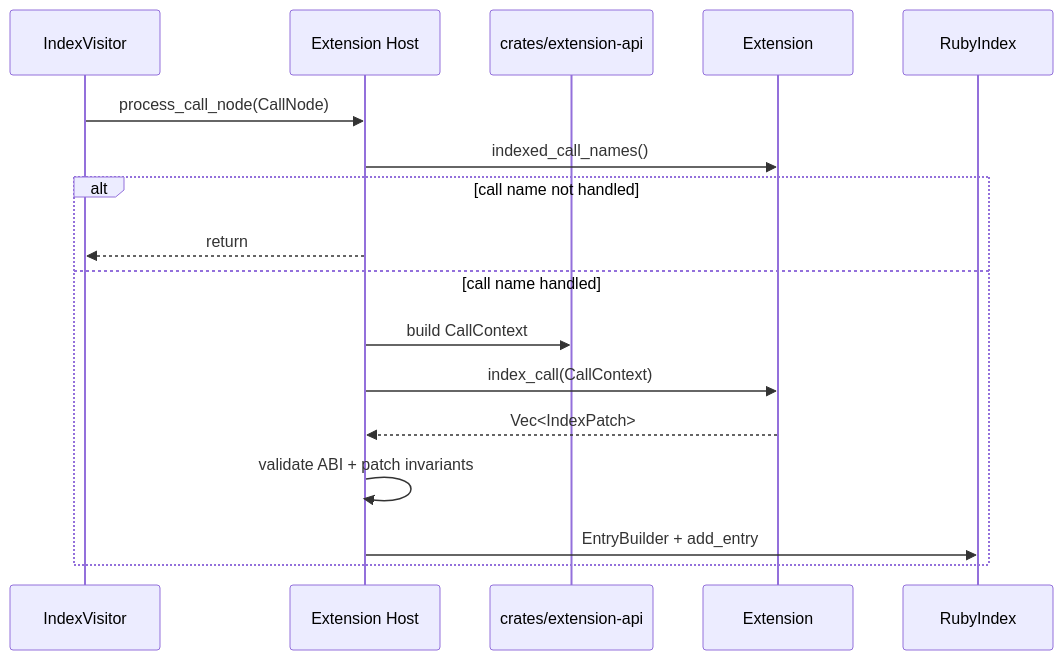
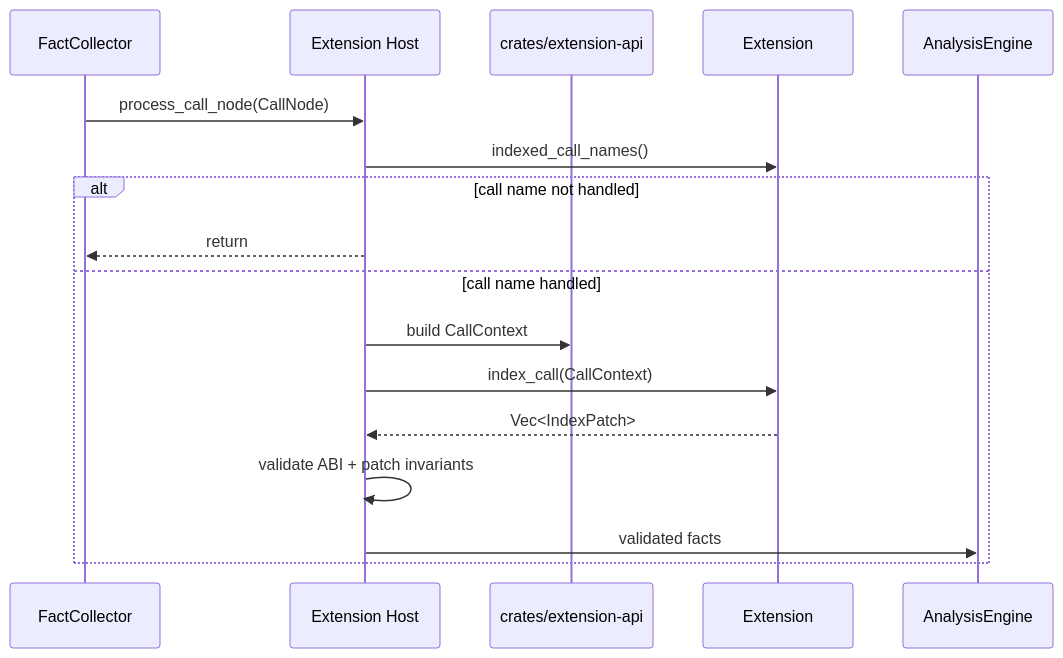
Before and after one commit to rajnaveen344/ruby-fast-lsp: the second of 3 diagrams in extensions/README.md, drawn with Mermaid. The commit also changed other lines of this file and 146 other files, not shown here.

Commit message:
Refactor LSP around analysis engine facts

````diff
--- a/extensions/README.md
+++ b/extensions/README.md
@@ -33,20 +32,20 @@
 ```mermaid
 sequenceDiagram
-    participant V as IndexVisitor
+    participant V as FactCollector
     participant H as Extension Host
     participant A as crates/extension-api
     participant R as Extension
-    participant I as RubyIndex
+    participant I as AnalysisEngine
 
     V->>H: process_call_node(CallNode)
     H->>R: indexed_call_names()
     alt call name not handled
         H-->>V: return
     else call name handled
         H->>A: build CallContext
         H->>R: index_call(CallContext)
         R-->>H: Vec<IndexPatch>
         H->>H: validate ABI + patch invariants
-        H->>I: EntryBuilder + add_entry
+        H->>I: validated facts
     end
 ```
````
